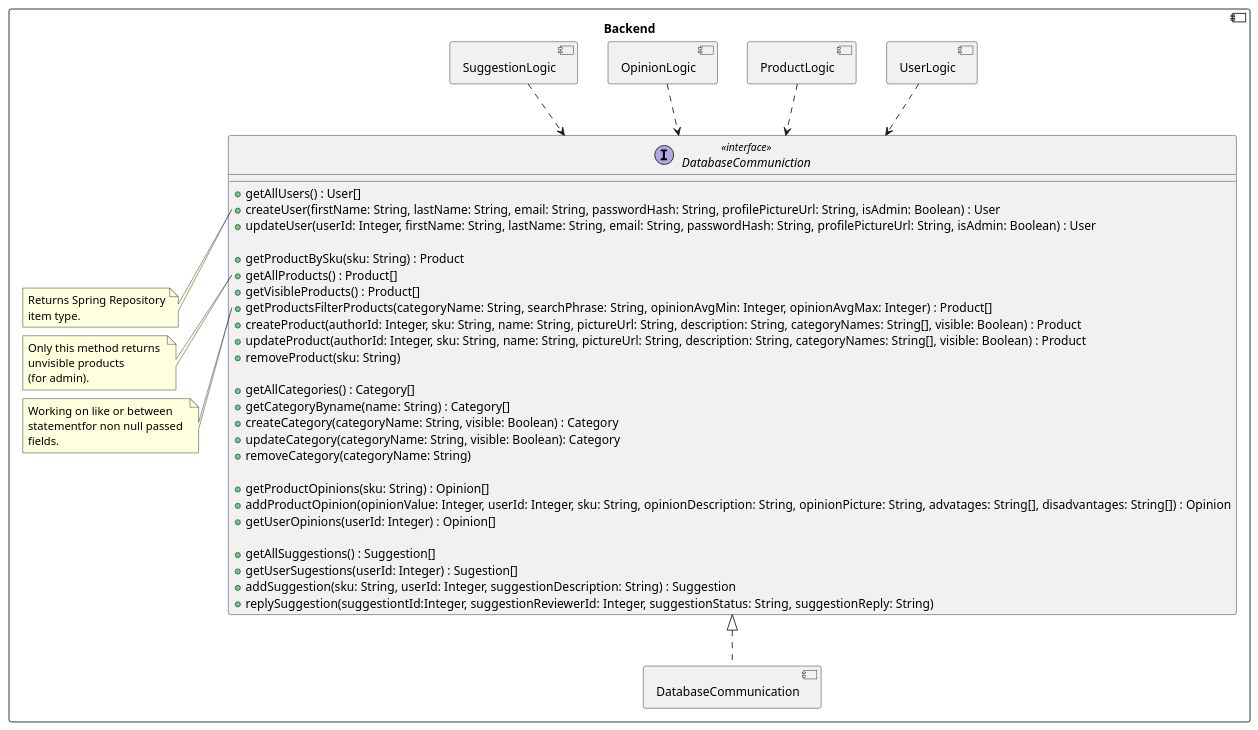
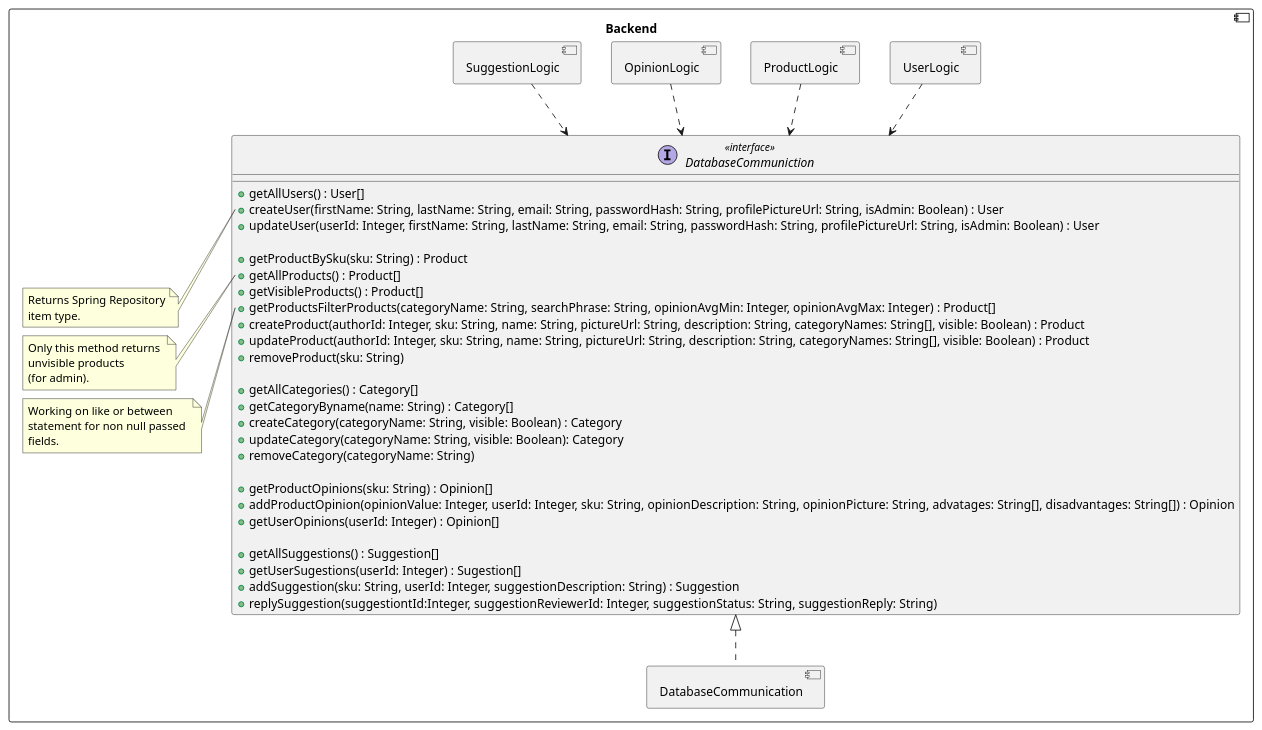
The second of 2 diagrams in backend/DatabaseCommunication.md (RadekBucki/OpinionCollectorArchitecture), drawn with PlantUML before and after one commit. The commit also changed 2 other files, not shown here.

Commit message:
Small fixes

````diff
--- a/backend/DatabaseCommunication.md
+++ b/backend/DatabaseCommunication.md
@@ -27,69 +27,69 @@
 ```plantuml
 @startuml
 component Backend {
     component UserLogic {
     }
     component ProductLogic {
     }
     component OpinionLogic {
     }
     component SuggestionLogic {
     }
     
     component DatabaseCommunication {
     }
     
     interface DatabaseCommuniction <<interface>> {
         + getAllUsers() : User[]
         + createUser(firstName: String, lastName: String, email: String, passwordHash: String, profilePictureUrl: String, isAdmin: Boolean) : User
         + updateUser(userId: Integer, firstName: String, lastName: String, email: String, passwordHash: String, profilePictureUrl: String, isAdmin: Boolean) : User
     
         + getProductBySku(sku: String) : Product
         + getAllProducts() : Product[]
         + getVisibleProducts() : Product[]
         + getProductsFilterProducts(categoryName: String, searchPhrase: String, opinionAvgMin: Integer, opinionAvgMax: Integer) : Product[]
         + createProduct(authorId: Integer, sku: String, name: String, pictureUrl: String, description: String, categoryNames: String[], visible: Boolean) : Product
         + updateProduct(authorId: Integer, sku: String, name: String, pictureUrl: String, description: String, categoryNames: String[], visible: Boolean) : Product
         + removeProduct(sku: String)
 
         + getAllCategories() : Category[]
         + getCategoryByname(name: String) : Category[]
         + createCategory(categoryName: String, visible: Boolean) : Category
         + updateCategory(categoryName: String, visible: Boolean): Category
         + removeCategory(categoryName: String)
         
         + getProductOpinions(sku: String) : Opinion[]
         + addProductOpinion(opinionValue: Integer, userId: Integer, sku: String, opinionDescription: String, opinionPicture: String, advatages: String[], disadvantages: String[]) : Opinion
         + getUserOpinions(userId: Integer) : Opinion[]
         
         + getAllSuggestions() : Suggestion[]
         + getUserSugestions(userId: Integer) : Sugestion[]
         + addSuggestion(sku: String, userId: Integer, suggestionDescription: String) : Suggestion
         + replySuggestion(suggestiontId:Integer, suggestionReviewerId: Integer, suggestionStatus: String, suggestionReply: String)
     }
     note left of DatabaseCommuniction::createUser
         Returns Spring Repository
         item type.
     endnote
     
     note left of DatabaseCommuniction::getAllProducts
         Only this method returns 
         unvisible products
         (for admin).
     endnote
     
     note left of DatabaseCommuniction::getProductsFilterProducts
         Working on like or between 
-        statementfor non null passed 
+        statement for non null passed 
         fields.
     endnote
     
     UserLogic                   ..>  DatabaseCommuniction
     ProductLogic                ..>  DatabaseCommuniction
     OpinionLogic                ..>  DatabaseCommuniction
     SuggestionLogic             ..>  DatabaseCommuniction
     DatabaseCommuniction        <|..  DatabaseCommunication
 }
 
 @enduml 
 ```
````
